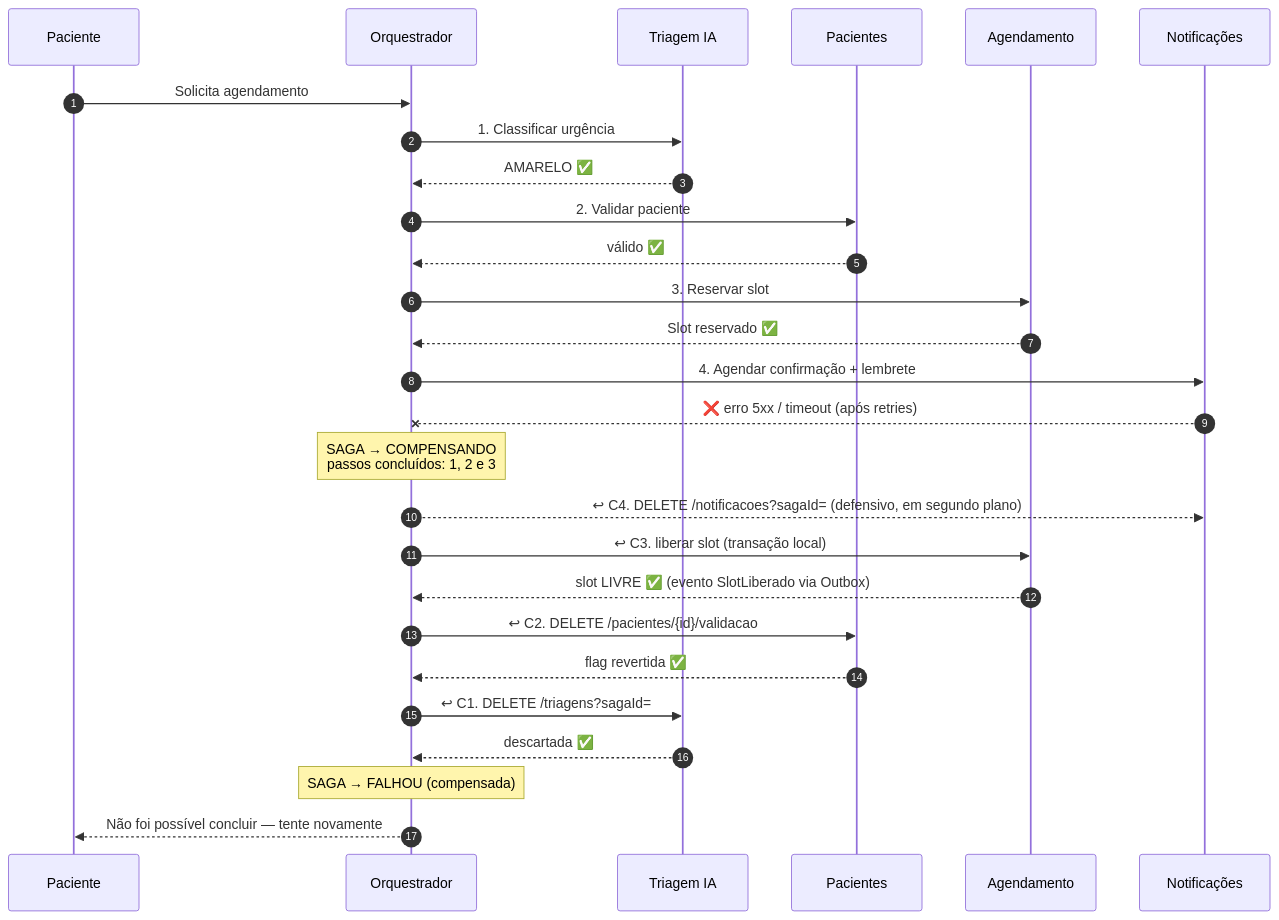
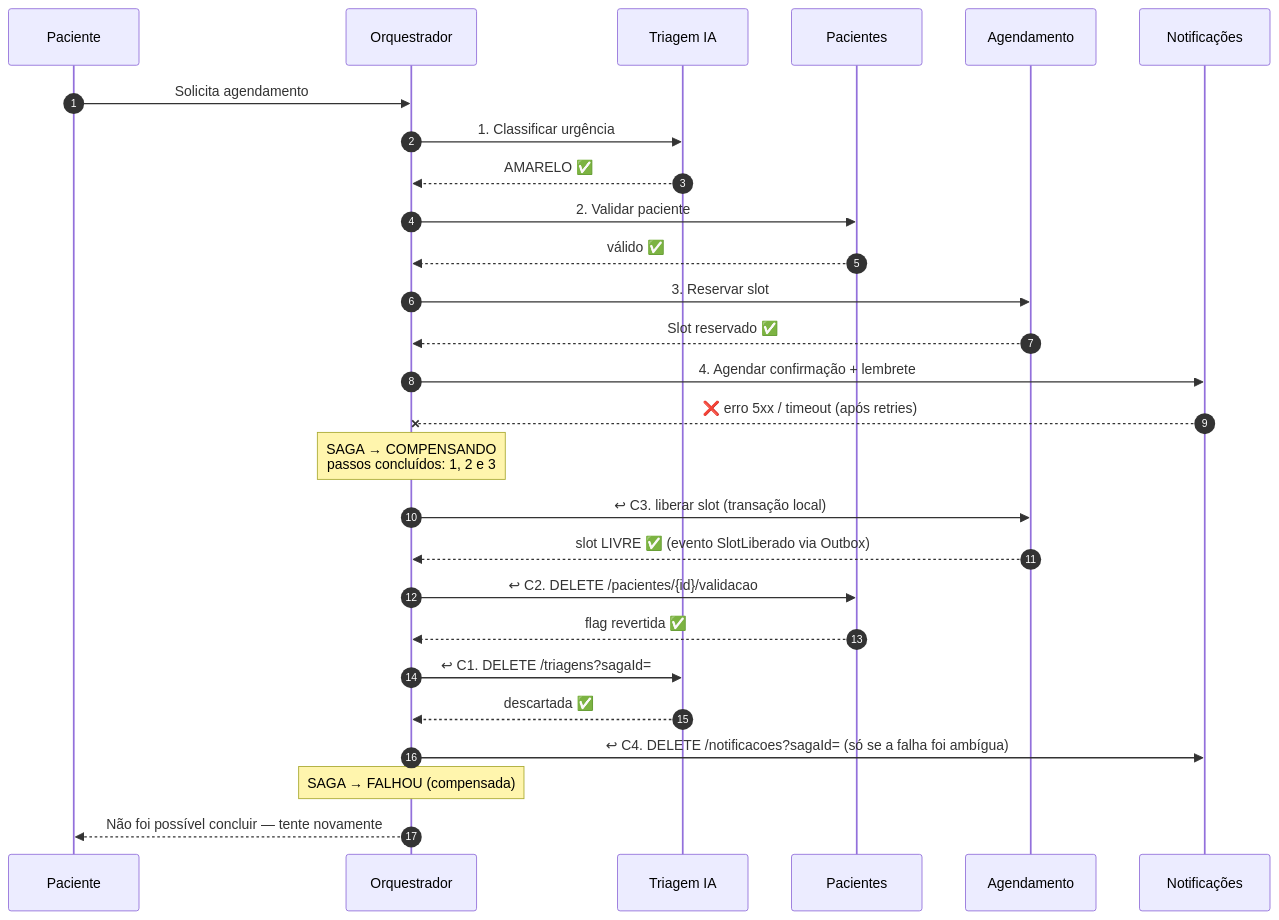
One commit to multiheros/saude-conecta changed the third of 4 diagrams in docs/arquitetura/saga-agendamento.md. Above: the diagram before and after it, drawn with Mermaid. The commit also changed other lines of this file and 5 other files, not shown here.

````diff
--- a/docs/arquitetura/saga-agendamento.md
+++ b/docs/arquitetura/saga-agendamento.md
@@ -119,30 +119,30 @@
 ```mermaid
 sequenceDiagram
     autonumber
     participant P as Paciente
     participant O as Orquestrador
     participant TR as Triagem IA
     participant PA as Pacientes
     participant AG as Agendamento
     participant NO as Notificações
 
     P->>O: Solicita agendamento
     O->>TR: 1. Classificar urgência
     TR-->>O: AMARELO ✅
     O->>PA: 2. Validar paciente
     PA-->>O: válido ✅
     O->>AG: 3. Reservar slot
     AG-->>O: Slot reservado ✅
     O->>NO: 4. Agendar confirmação + lembrete
     NO--xO: ❌ erro 5xx / timeout (após retries)
     Note over O: SAGA → COMPENSANDO<br/>passos concluídos: 1, 2 e 3
-    O-->>NO: ↩ C4. DELETE /notificacoes?sagaId= (defensivo, em segundo plano)
     O->>AG: ↩ C3. liberar slot (transação local)
     AG-->>O: slot LIVRE ✅ (evento SlotLiberado via Outbox)
     O->>PA: ↩ C2. DELETE /pacientes/{id}/validacao
     PA-->>O: flag revertida ✅
     O->>TR: ↩ C1. DELETE /triagens?sagaId=
     TR-->>O: descartada ✅
+    O->>NO: ↩ C4. DELETE /notificacoes?sagaId= (só se a falha foi ambígua)
     Note over O: SAGA → FALHOU (compensada)
     O-->>P: Não foi possível concluir — tente novamente
 ```
````
